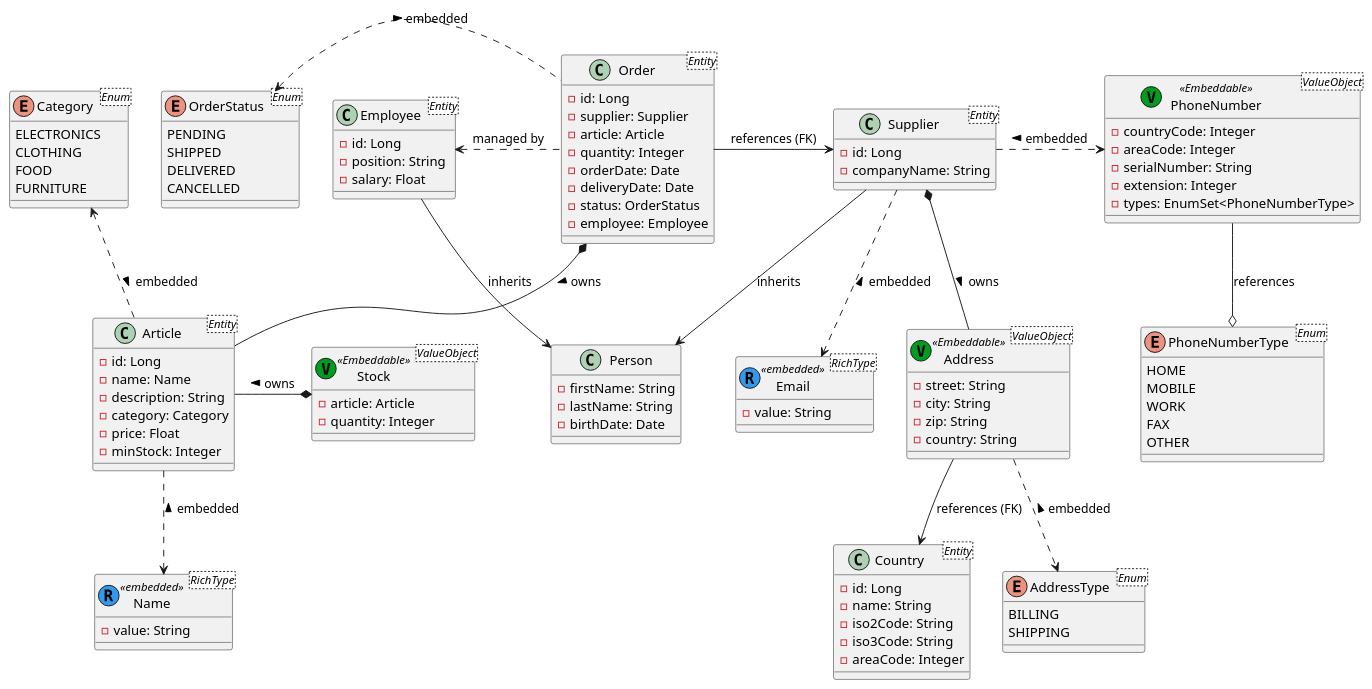
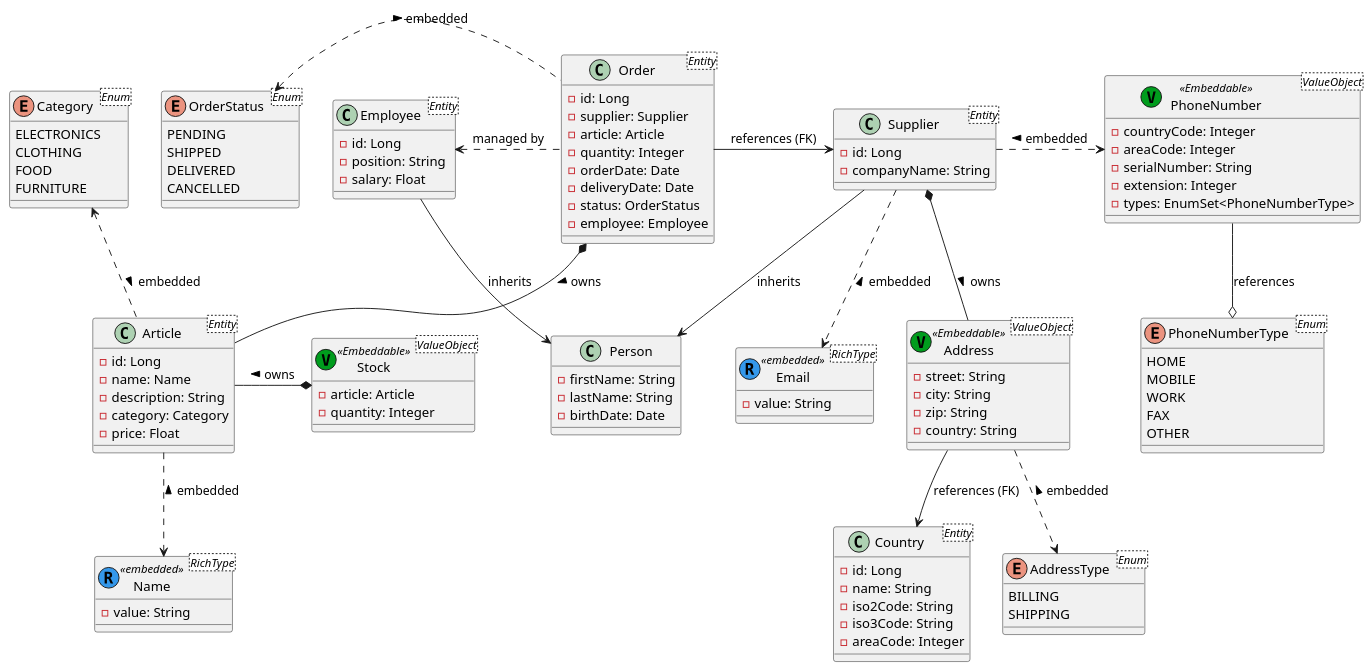
Before and after one commit to vincentkalwoda/InventoryHub: the diagram in src/main/puml/domain-model.puml, drawn with PlantUML. The commit also changed 11 other files, not shown here.

```diff
--- a/src/main/puml/domain-model.puml
+++ b/src/main/puml/domain-model.puml
@@ -1,121 +1,120 @@
 @startuml
 'hide methods
 
 class Article <Entity> {
     - id: Long
     - name: Name
     - description: String
     - category: Category
     - price: Float
-    - minStock: Integer
 }
 
 class Stock <ValueObject> <<(V, #009c1d) Embeddable >> {
     - article: Article
     - quantity: Integer
 }
 
 class Supplier <Entity> {
     - id: Long
     - companyName: String
 
 }
 
 class Employee <Entity> {
     - id: Long
     - position: String
     - salary: Float
 }
 
 class Person {
     - firstName: String
     - lastName: String
     - birthDate: Date
 }
 
 class Email <RichType> <<(R, #3498eb) embedded >> {
     - value: String
 }
 
 class PhoneNumber <ValueObject> <<(V, #009c1d) Embeddable >> {
     - countryCode: Integer
     - areaCode: Integer
     - serialNumber: String
     - extension: Integer
     - types: EnumSet<PhoneNumberType>
 }
 
 enum PhoneNumberType <Enum> {
     HOME
     MOBILE
     WORK
     FAX
     OTHER
 }
 
 class Address <ValueObject> <<(V, #009c1d) Embeddable >> {
     - street: String
     - city: String
     - zip: String
     - country: String
 }
 
 enum AddressType <Enum> {
     BILLING
     SHIPPING
 }
 
 class Country <Entity> {
     - id: Long
     - name: String
     - iso2Code: String
     - iso3Code: String
     - areaCode: Integer
 }
 
 class Order <Entity> {
     - id: Long
     - supplier: Supplier
     - article: Article
     - quantity: Integer
     - orderDate: Date
     - deliveryDate: Date
     - status: OrderStatus
     - employee: Employee
 }
 
 enum OrderStatus <Enum> {
     PENDING
     SHIPPED
     DELIVERED
     CANCELLED
 }
 
 class Name <RichType> <<(R, #3498eb) embedded >> {
     - value: String
 }
 
 enum Category <Enum> {
     ELECTRONICS
     CLOTHING
     FOOD
     FURNITURE
 }
 
 Employee --> Person : inherits
 Supplier --> Person : inherits
 Article .up.> Category : < embedded
 Article .down.> Name : < embedded
 Stock *-left- Article : > owns
 Order -right-> Supplier : references (FK)
 Order *-- Article : > owns
 Order .left.> OrderStatus : < embedded
 Supplier .down.> Email : < embedded
 Supplier .right.> PhoneNumber : < embedded
 PhoneNumber -down-o PhoneNumberType : references
 Supplier *-down- Address : > owns
 Address -down-> Country : references (FK)
 Address .down.> AddressType : < embedded
 Order .left.> Employee : "managed by"
 
 @enduml
```
